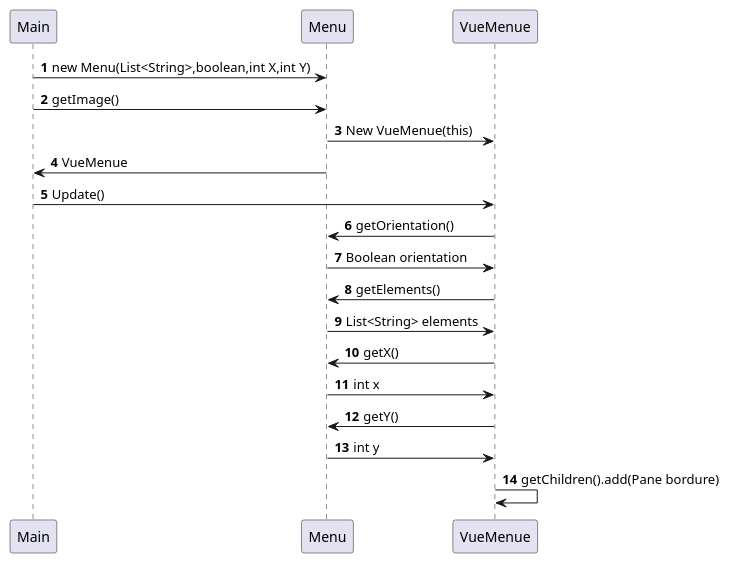
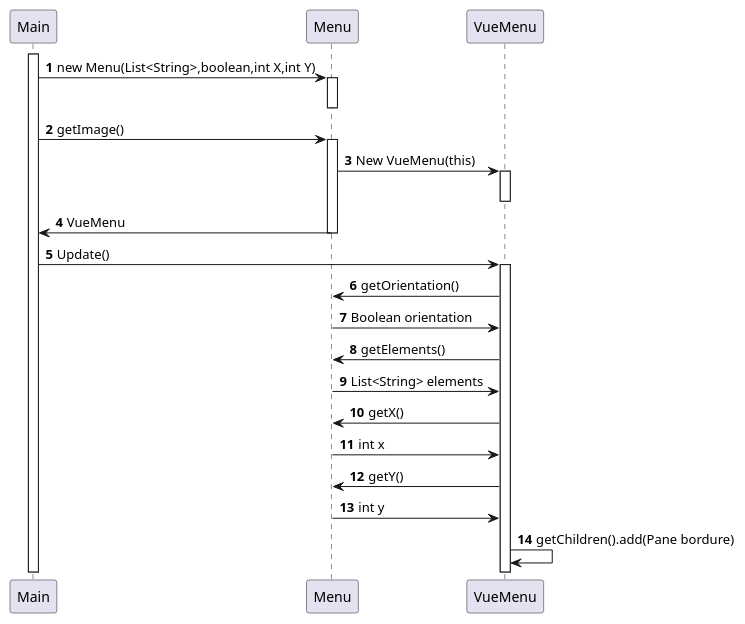
Before and after one commit to Cedran-Bastien/GENERATION-AUTOMATIQUE-DE-DIAGRAMME-DE-CLASSES: the diagram in demo/Conception/Sprint_4/VueMenu.puml, drawn with PlantUML.

Commit message:
Diagramme de sequence VueMenu

```diff
--- a/demo/Conception/Sprint_4/VueMenu.puml
+++ b/demo/Conception/Sprint_4/VueMenu.puml
@@ -1,21 +1,29 @@
 @startuml
 'https://plantuml.com/sequence-diagram
 
 autonumber
 
+activate Main
 Main -> Menu : new Menu(List<String>,boolean,int X,int Y)
+activate Menu
+deactivate Menu
 Main -> Menu : getImage()
-Menu -> VueMenue : New VueMenue(this)
-Menu -> Main : VueMenue
-Main -> VueMenue : Update()
-VueMenue -> Menu : getOrientation()
-Menu -> VueMenue : Boolean orientation
-VueMenue -> Menu : getElements()
-Menu -> VueMenue : List<String> elements
-VueMenue -> Menu : getX()
-Menu -> VueMenue : int x
-VueMenue -> Menu : getY()
-Menu -> VueMenue : int y
-VueMenue -> VueMenue : getChildren().add(Pane bordure)
+activate Menu
+Menu -> VueMenu : New VueMenu(this)
+activate VueMenu
+deactivate VueMenu
+Menu -> Main : VueMenu
+deactivate Menu
+Main -> VueMenu : Update()
+activate VueMenu
+VueMenu -> Menu : getOrientation()
+Menu -> VueMenu : Boolean orientation
+VueMenu -> Menu : getElements()
+Menu -> VueMenu : List<String> elements
+VueMenu -> Menu : getX()
+Menu -> VueMenu : int x
+VueMenu -> Menu : getY()
+Menu -> VueMenu : int y
+VueMenu -> VueMenu : getChildren().add(Pane bordure)
 
 @enduml
```
